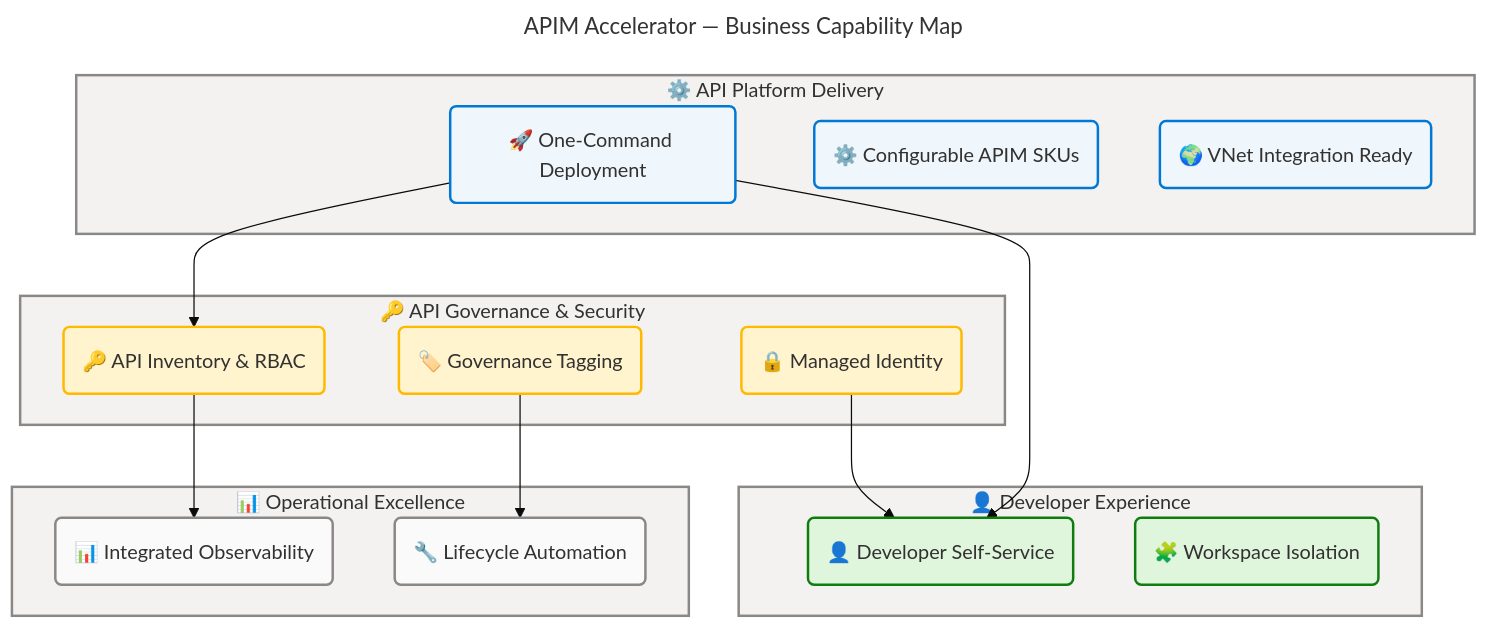
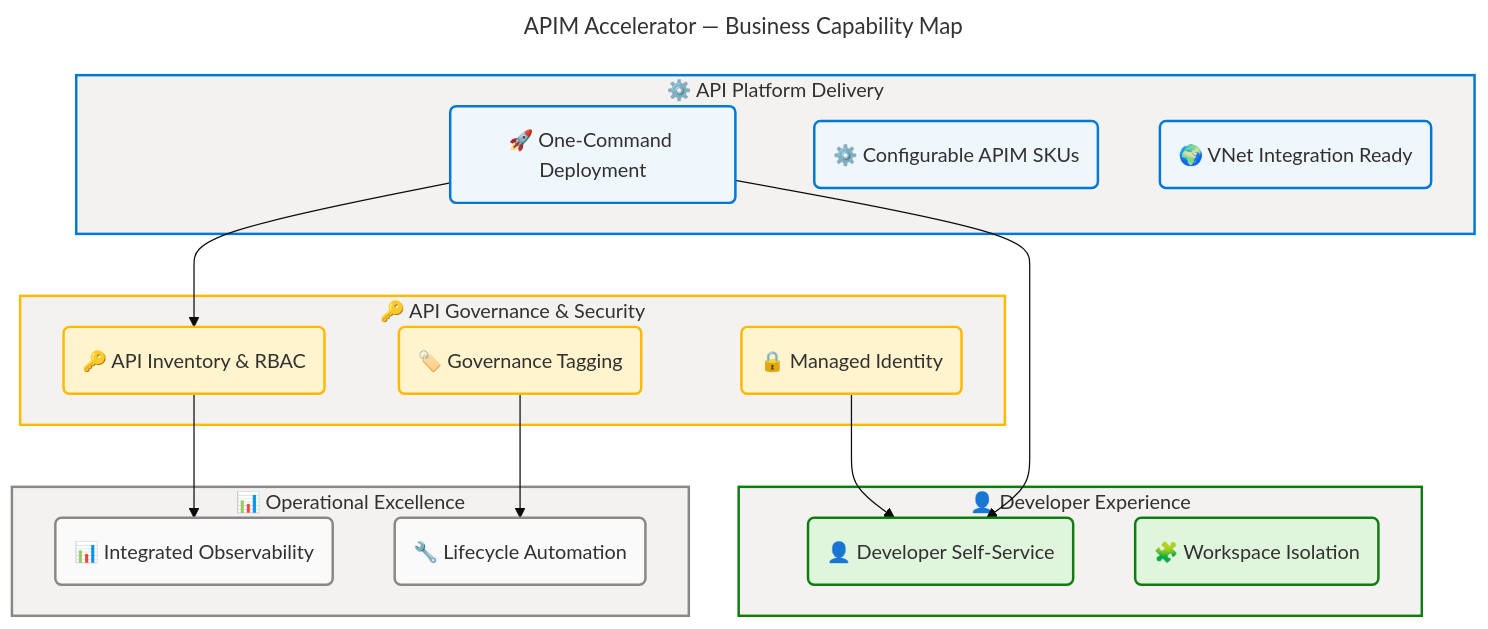
The first of 6 diagrams in docs/architecture/business-architecture.md (Evilazaro/APIM-Accelerator), drawn with Mermaid before and after one commit. The commit also changed other lines of this file and 3 other files, not shown here.

Commit message:
style: update flowchart colors for consistency and improved clarity across architecture documentation

````diff
--- a/docs/architecture/business-architecture.md
+++ b/docs/architecture/business-architecture.md
@@ -277,65 +277,65 @@
 ```mermaid
 ---
 title: "APIM Accelerator — Business Capability Map"
 config:
   theme: base
   look: classic
   layout: dagre
   themeVariables:
     fontSize: '16px'
   flowchart:
     htmlLabels: true
 ---
 flowchart TB
     accTitle: APIM Accelerator Business Capability Map
     accDescr: Four business capability domains with ten grouped capabilities — API Platform Delivery, Developer Experience, API Governance and Security, and Operational Excellence — sourced from README.md features table and src Bicep modules
 
     %% ═══════════════════════════════════════════════════════════════════════════
     %% AZURE / FLUENT ARCHITECTURE PATTERN v1.1
     %% (Semantic + Structural + Font + Accessibility Governance)
     %% ═══════════════════════════════════════════════════════════════════════════
     %% PHASE 1 - FLUENT UI: All styling uses approved Fluent UI palette only
     %% PHASE 2 - GROUPS: Every subgraph has semantic color via style directive
     %% PHASE 3 - COMPONENTS: Every node has semantic classDef + icon prefix
     %% PHASE 4 - ACCESSIBILITY: accTitle/accDescr present, WCAG AA contrast
     %% PHASE 5 - STANDARD: Governance block present, classDefs centralized
     %% ═══════════════════════════════════════════════════════════════════════════
 
     subgraph platformDelivery["⚙️ API Platform Delivery"]
         cap1("🚀 One-Command Deployment"):::core
         cap2("⚙️ Configurable APIM SKUs"):::core
         cap3("🌍 VNet Integration Ready"):::core
     end
 
     subgraph devExp["👤 Developer Experience"]
         cap4("👤 Developer Self-Service"):::success
         cap5("🧩 Workspace Isolation"):::success
     end
 
     subgraph apiGov["🔑 API Governance & Security"]
         cap6("🔑 API Inventory & RBAC"):::warning
         cap7("🏷️ Governance Tagging"):::warning
         cap8("🔒 Managed Identity"):::warning
     end
 
     subgraph operations["📊 Operational Excellence"]
         cap9("📊 Integrated Observability"):::neutral
         cap10("🔧 Lifecycle Automation"):::neutral
     end
 
     cap1 --> cap4
     cap1 --> cap6
     cap6 --> cap9
     cap8 --> cap4
     cap7 --> cap10
 
-    style platformDelivery fill:#F3F2F1,stroke:#8A8886,stroke-width:2px,color:#323130
-    style devExp fill:#F3F2F1,stroke:#8A8886,stroke-width:2px,color:#323130
-    style apiGov fill:#F3F2F1,stroke:#8A8886,stroke-width:2px,color:#323130
+    style platformDelivery fill:#F3F2F1,stroke:#0078D4,stroke-width:2px,color:#323130
+    style devExp fill:#F3F2F1,stroke:#107C10,stroke-width:2px,color:#323130
+    style apiGov fill:#F3F2F1,stroke:#FFB900,stroke-width:2px,color:#323130
     style operations fill:#F3F2F1,stroke:#8A8886,stroke-width:2px,color:#323130
 
     classDef core fill:#EFF6FC,stroke:#0078D4,stroke-width:2px,color:#323130
     classDef success fill:#DFF6DD,stroke:#107C10,stroke-width:2px,color:#323130
     classDef warning fill:#FFF4CE,stroke:#FFB900,stroke-width:2px,color:#323130
     classDef neutral fill:#FAFAFA,stroke:#8A8886,stroke-width:2px,color:#323130
 ```
````
